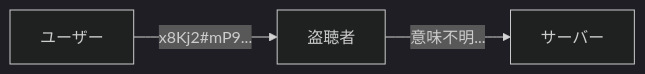
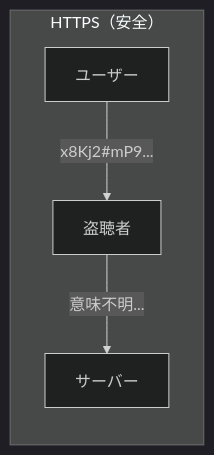
One commit to muratanaoki/party-box changed the third of 15 diagrams in docs/curriculum/02-aws-http.md. Above: the diagram before and after it, drawn with Mermaid (dark theme). The commit also changed other lines of this file, not shown here.

````diff
--- a/docs/curriculum/02-aws-http.md
+++ b/docs/curriculum/02-aws-http.md
@@ -153,5 +130,7 @@
 ```mermaid
 flowchart LR
-    User["ユーザー"] -->|x8Kj2#mP9...| Attacker["盗聴者"]
-    Attacker -->|意味不明...| Server["サーバー"]
+    subgraph HTTPS["HTTPS（安全）"]
+        U2["ユーザー"] -->|x8Kj2#mP9...| A2["盗聴者"]
+        A2 -->|意味不明...| S2["サーバー"]
+    end
 ```
````
